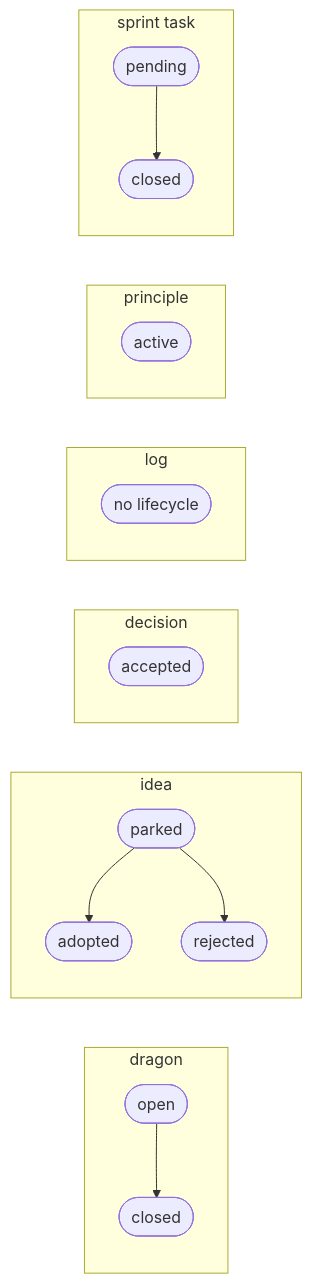
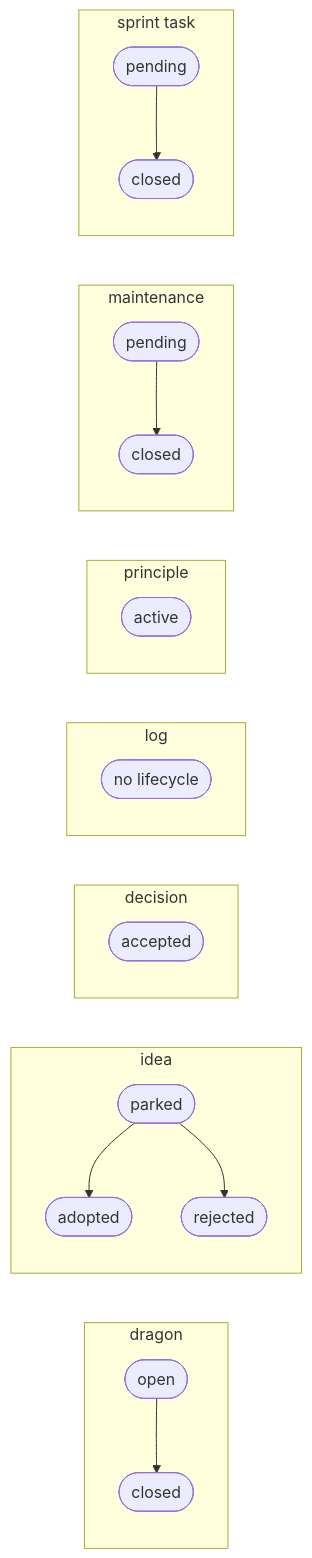
The second of 2 diagrams in README.md (henry-filgueiras/scarp), drawn with Mermaid before and after one commit. The commit also changed other lines of this file and 8 other files, not shown here.

````diff
--- a/README.md
+++ b/README.md
@@ -311,22 +311,25 @@
 ```mermaid
 flowchart LR
     subgraph dragon
         d1([open]) --> d2([closed])
     end
     subgraph idea
         i1([parked]) --> i2([adopted])
         i1 --> i3([rejected])
     end
     subgraph decision
         a1([accepted])
     end
     subgraph log
         l1([no lifecycle])
     end
     subgraph principle
         p1([active])
     end
+    subgraph maintenance
+        m1([pending]) --> m2([closed])
+    end
     subgraph task["sprint task"]
         t1([pending]) --> t2([closed])
     end
 ```
````
